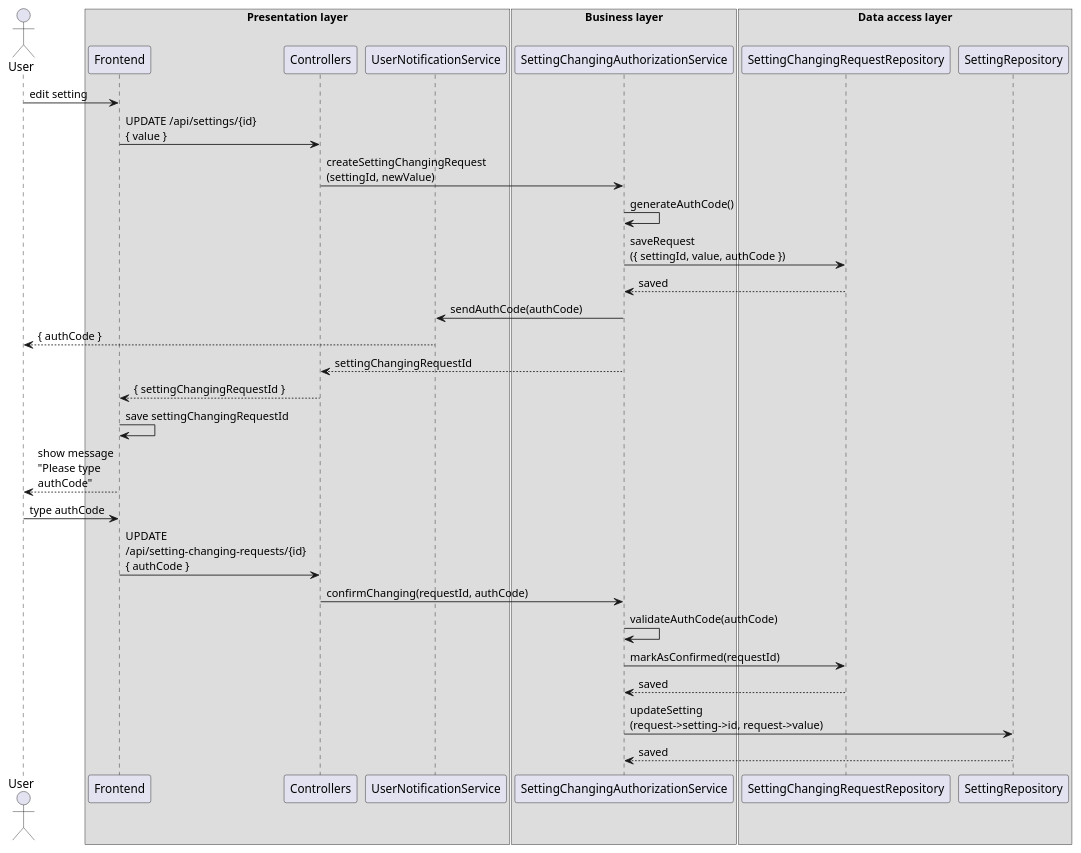
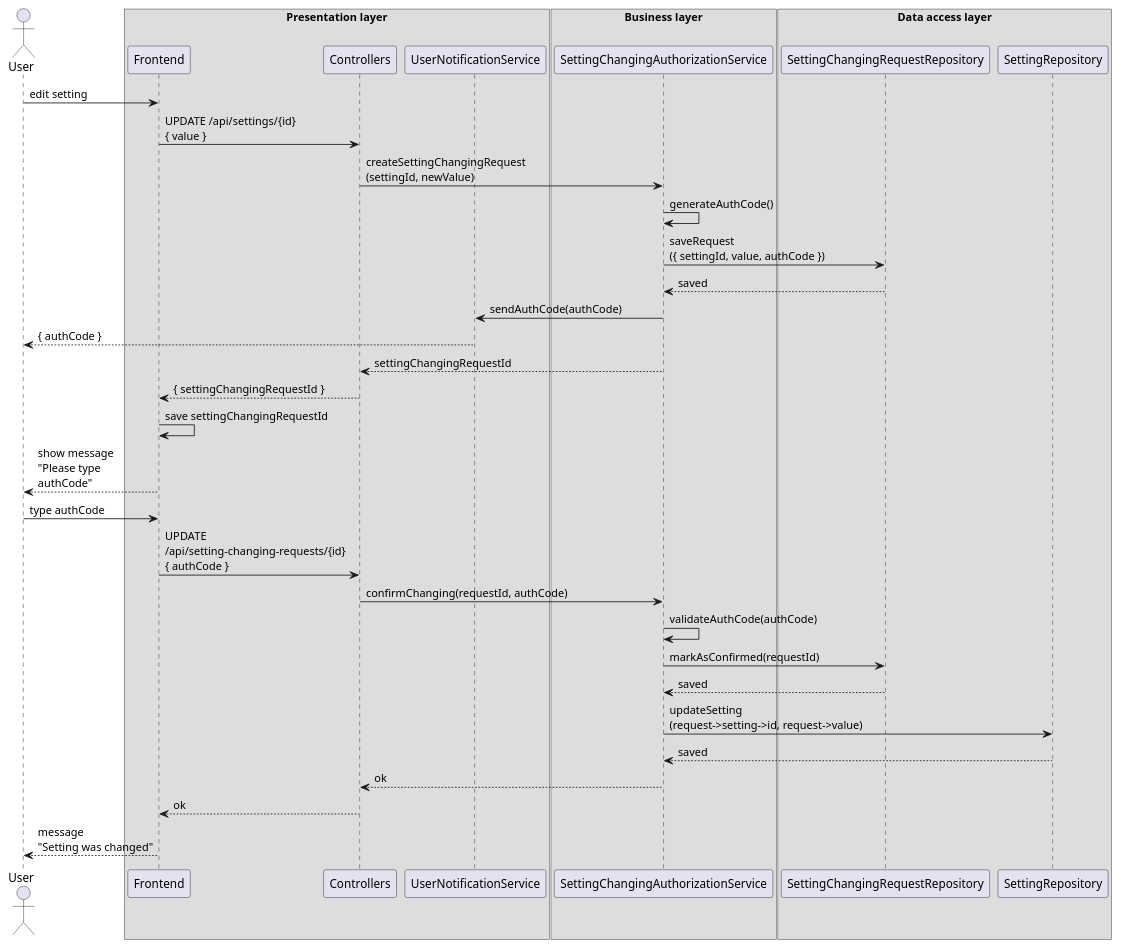
One commit to alx-sychev/setting-changing-authorization changed the diagram in docs/sequence.plantuml. Above: the diagram before and after it, drawn with PlantUML.

Commit message:
change sequence diagram

```diff
--- a/docs/sequence.plantuml
+++ b/docs/sequence.plantuml
@@ -1,44 +1,47 @@
 @startuml sequence
 
 actor User
 
 box "Presentation layer"
     participant Frontend
     participant Controllers
     participant UserNotificationService
 endbox
 
 box "Business layer"
     participant SettingChangingAuthorizationService
 endbox
 
 box "Data access layer"
     participant SettingChangingRequestRepository
     participant SettingRepository
 endbox
 
 User -> Frontend : edit setting
 Frontend -> Controllers: UPDATE /api/settings/{id}\n{ value }
 
 Controllers -> SettingChangingAuthorizationService : createSettingChangingRequest\n(settingId, newValue)
 SettingChangingAuthorizationService -> SettingChangingAuthorizationService : generateAuthCode()
 SettingChangingAuthorizationService -> SettingChangingRequestRepository : saveRequest\n({ settingId, value, authCode })
 SettingChangingRequestRepository --> SettingChangingAuthorizationService  : saved
 SettingChangingAuthorizationService  -> UserNotificationService : sendAuthCode(authCode) 
 UserNotificationService --> User : { authCode }
 
 SettingChangingAuthorizationService --> Controllers : settingChangingRequestId
 Controllers --> Frontend : { settingChangingRequestId }
 Frontend -> Frontend : save settingChangingRequestId 
 
 Frontend --> User : show message\n"Please type\nauthCode"
 User -> Frontend : type authCode
 Frontend -> Controllers: UPDATE\n/api/setting-changing-requests/{id}\n{ authCode }
 Controllers-> SettingChangingAuthorizationService : confirmChanging(requestId, authCode)
 SettingChangingAuthorizationService -> SettingChangingAuthorizationService : validateAuthCode(authCode)
 SettingChangingAuthorizationService -> SettingChangingRequestRepository : markAsConfirmed(requestId)
 SettingChangingRequestRepository --> SettingChangingAuthorizationService : saved
 SettingChangingAuthorizationService -> SettingRepository : updateSetting\n(request->setting->id, request->value)
-SettingRepository  --> SettingChangingAuthorizationService : saved
+SettingRepository --> SettingChangingAuthorizationService : saved
+SettingChangingAuthorizationService --> Controllers : ok
+Controllers --> Frontend : ok
+Frontend --> User : message\n"Setting was changed"
 
 @enduml
```
